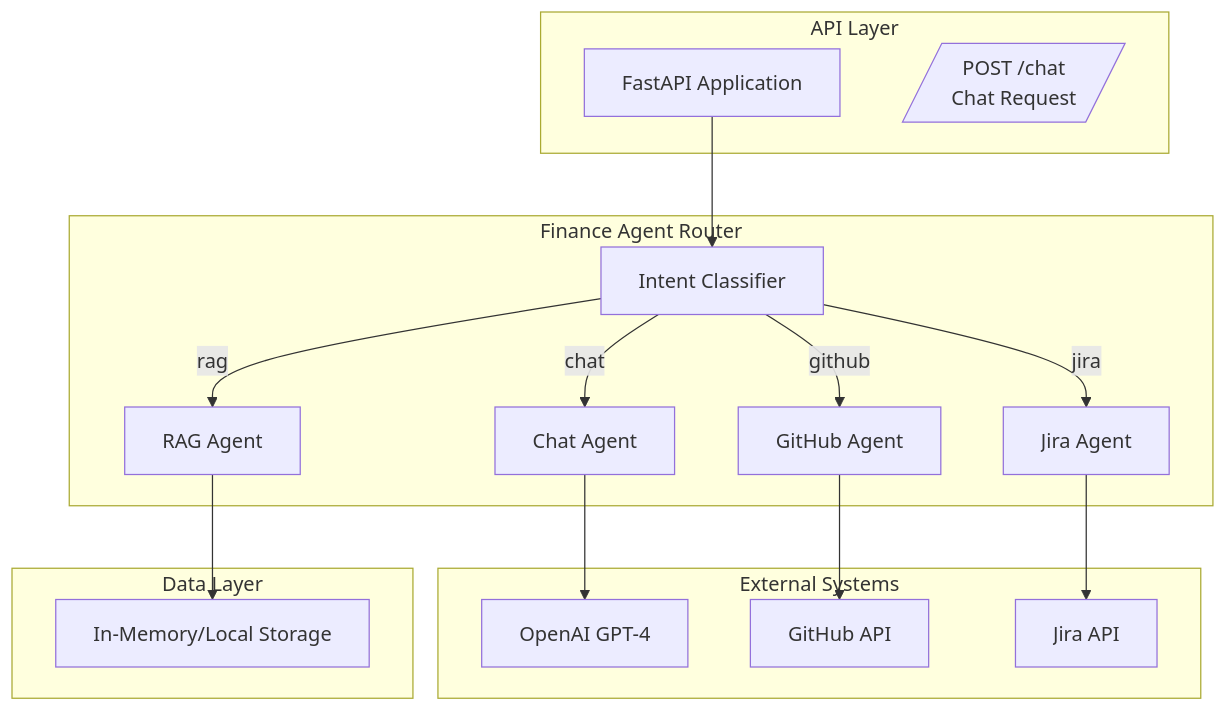
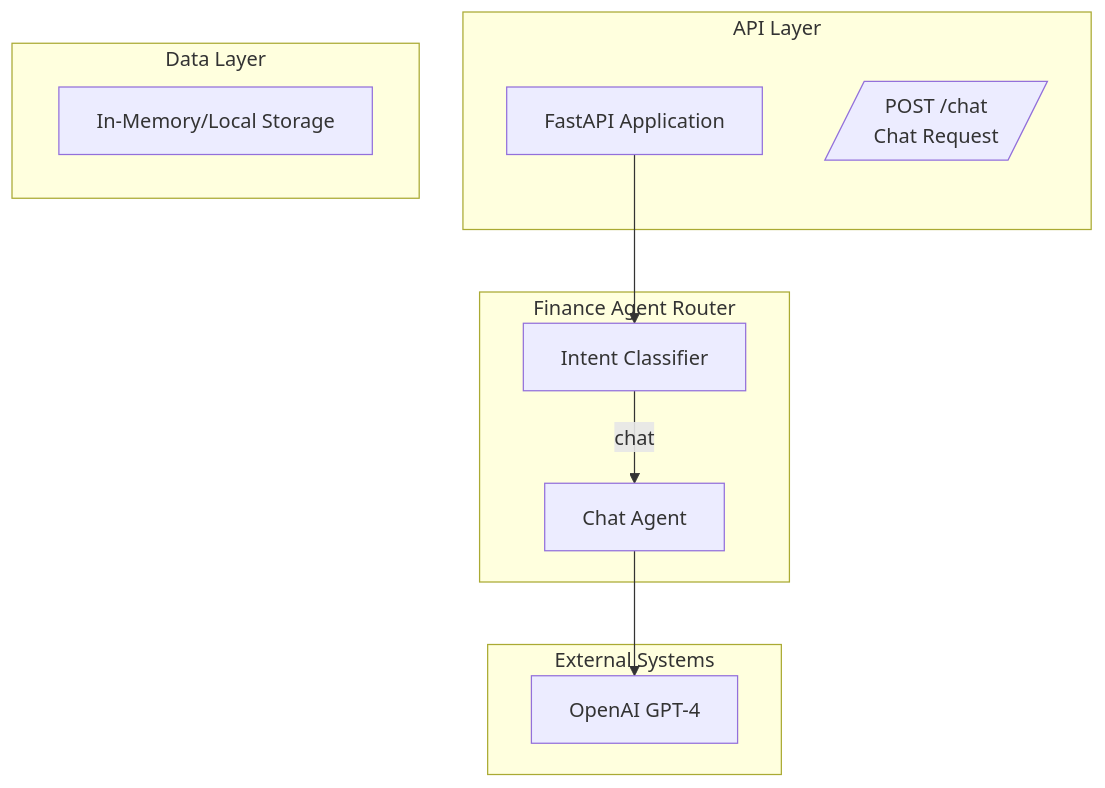
Before and after one commit to shayne007/finance-chat-agent: the first of 2 diagrams in docs/feature000-finance-agent/finance-agent-design.md, drawn with Mermaid. The commit also changed other lines of this file and 2 other files, not shown here.

````diff
--- a/docs/feature000-finance-agent/finance-agent-design.md
+++ b/docs/feature000-finance-agent/finance-agent-design.md
@@ -15,36 +15,25 @@
 ```mermaid
 graph TB
     subgraph "External Systems"
         OPENAI[OpenAI GPT-4]
-        GITHUB_API[GitHub API]
-        JIRA_API[Jira API]
     end
     
     subgraph "API Layer"
         API[FastAPI Application]
         CHAT_API[/"POST /chat<br/>Chat Request"/]
     end
     
     subgraph "Finance Agent Router"
         ROUTER[Intent Classifier]
         CHAT[Chat Agent]
-        JIRA[Jira Agent]
-        GITHUB[GitHub Agent]
-        RAG[RAG Agent]
     end
     
     subgraph "Data Layer"
         MEMORY[In-Memory/Local Storage]
     end
     
     API --> ROUTER
     ROUTER -->|chat| CHAT
-    ROUTER -->|jira| JIRA
-    ROUTER -->|github| GITHUB
-    ROUTER -->|rag| RAG
     
     CHAT --> OPENAI
-    JIRA --> JIRA_API
-    GITHUB --> GITHUB_API
-    RAG --> MEMORY
 ```
````
